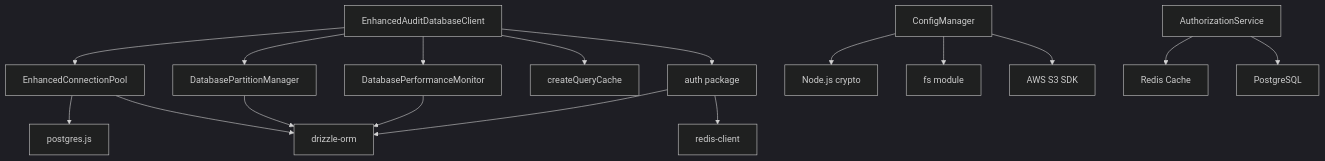
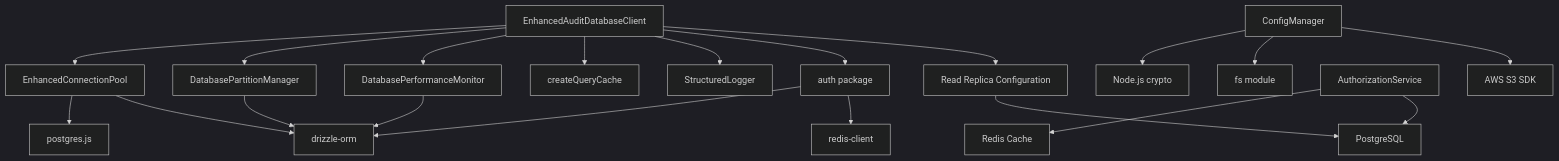
Before and after one commit to smedrec/smart-logs: diagram 11 of 11 in .qoder/repowiki/en/content/Audit Database/Security and Access Control.md, drawn with Mermaid (dark theme). The commit also changed other lines of this file and 17 other files, not shown here.

````diff
--- a/.qoder/repowiki/en/content/Audit Database/Security and Access Control.md
+++ b/.qoder/repowiki/en/content/Audit Database/Security and Access Control.md
@@ -489,19 +576,22 @@
 ```mermaid
 graph TD
 EnhancedClient["EnhancedAuditDatabaseClient"] --> ConnectionPool["EnhancedConnectionPool"]
 EnhancedClient --> PartitionManager["DatabasePartitionManager"]
 EnhancedClient --> PerformanceMonitor["DatabasePerformanceMonitor"]
 EnhancedClient --> CacheFactory["createQueryCache"]
+EnhancedClient --> StructuredLogger["StructuredLogger"]
 ConnectionPool --> PostgresJs["postgres.js"]
 ConnectionPool --> Drizzle["drizzle-orm"]
 PartitionManager --> Drizzle
 PerformanceMonitor --> Drizzle
 ConfigManager["ConfigManager"] --> Crypto["Node.js crypto"]
 ConfigManager --> FileSystem["fs module"]
 ConfigManager --> S3["AWS S3 SDK"]
 AuthPackage["auth package"] --> Drizzle
 AuthPackage --> RedisClient["redis-client"]
 EnhancedClient --> AuthPackage
 AuthorizationService["AuthorizationService"] --> Redis["Redis Cache"]
 AuthorizationService --> PostgreSQL["PostgreSQL"]
+EnhancedClient --> ReadReplica["Read Replica Configuration"]
+ReadReplica --> PostgreSQL
 ```
````
